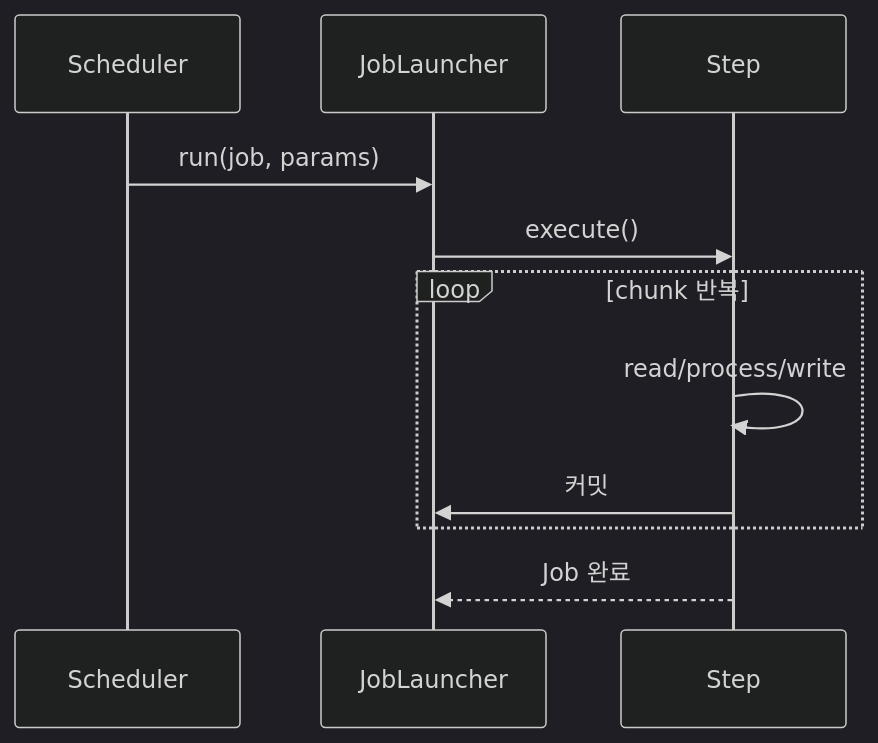
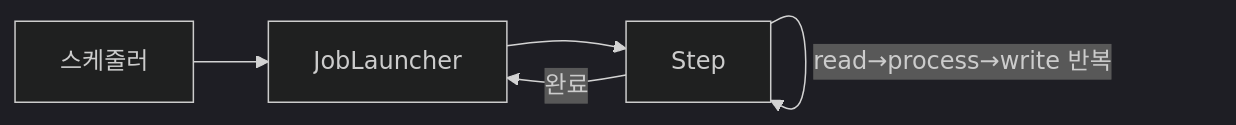
Before and after one commit to yjkim2015/yjkim2015.github.io: the fifth of 5 diagrams in _posts/batch/2026-05-03-spring-batch-fundamentals.md, drawn with Mermaid (dark theme). The commit also changed other lines of this file and 163 other files, not shown here.

First line of the commit message:
Mermaid 300개 블록 내용 축소: 5노드 5엣지 이하, 의미 있는 약어

````diff
--- a/_posts/batch/2026-05-03-spring-batch-fundamentals.md
+++ b/_posts/batch/2026-05-03-spring-batch-fundamentals.md
@@ -232,13 +228,7 @@
 ```mermaid
-sequenceDiagram
-    participant SC as Scheduler
-    participant JL as JobLauncher
-    participant ST as Step
-    SC->>JL: run(job, params)
-    JL->>ST: execute()
-    loop chunk 반복
-        ST->>ST: read/process/write
-        ST->>JL: 커밋
-    end
-    ST-->>JL: Job 완료
+graph LR
+    SC["스케줄러"] --> JL["JobLauncher"]
+    JL --> ST["Step"]
+    ST -->|"read→process→write 반복"| ST
+    ST -->|"완료"| JL
 ```
````
